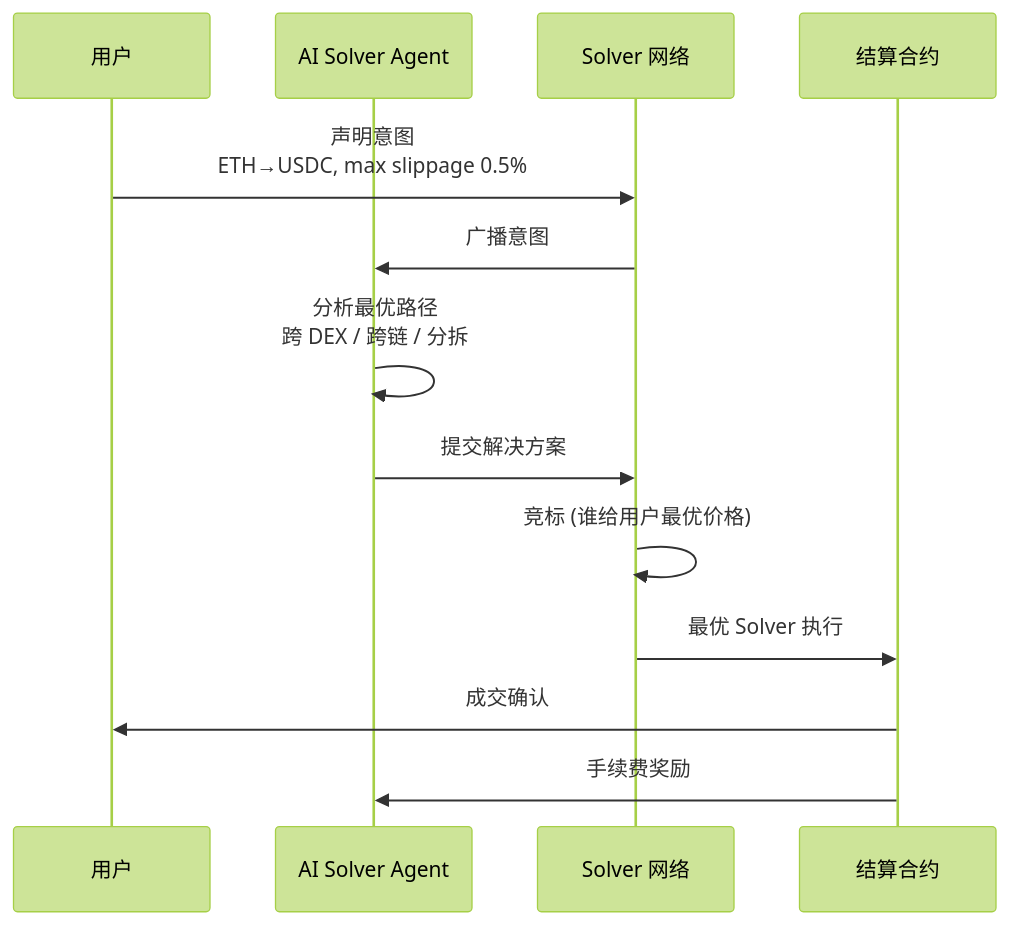
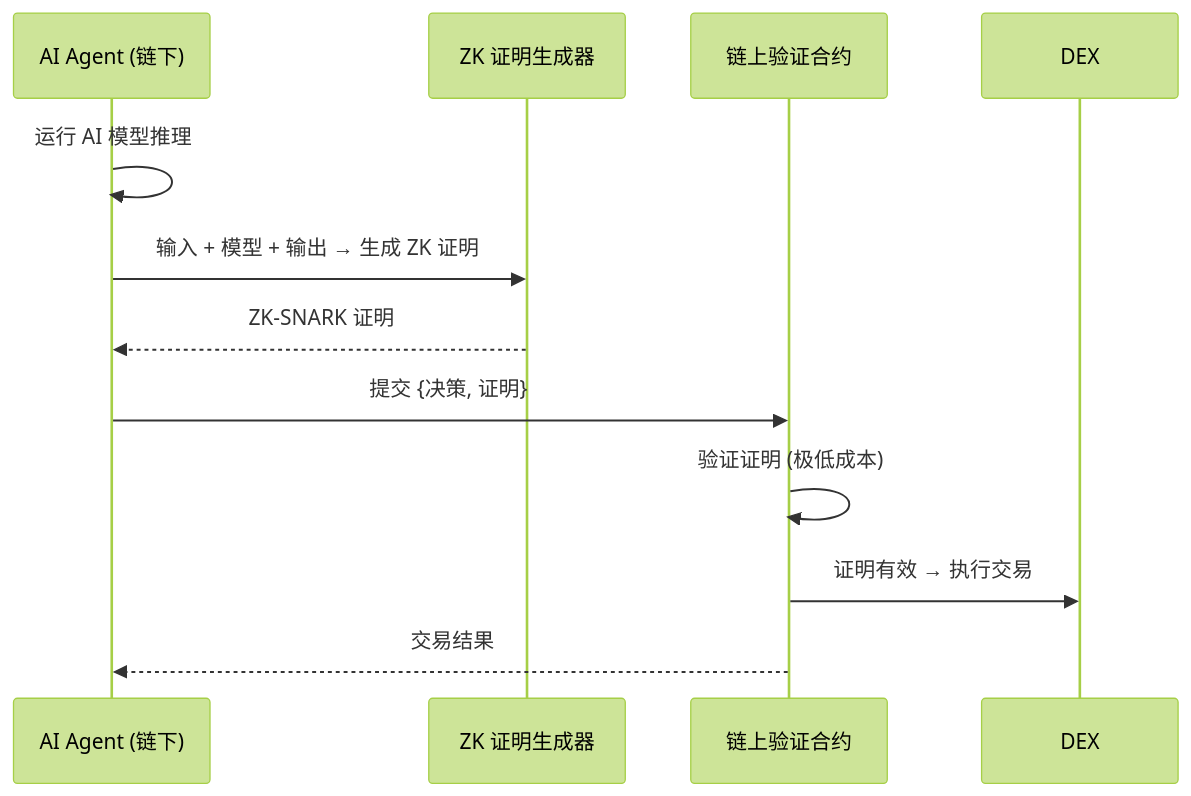
One commit to Silence-dream/ai-web3-school-cohort-0 changed the fifth of 12 diagrams in daily/2025-06-02.md. Above: the diagram before and after it, drawn with Mermaid (forest theme). The commit also changed other lines of this file, not shown here.

Commit message:
feat: 链上 AI Agent 自动交易策略 — 深度学习笔记 (完整版)

````diff
--- a/daily/2025-06-02.md
+++ b/daily/2025-06-02.md
@@ -192,16 +485,15 @@
 ```mermaid
 sequenceDiagram
-    participant U as 用户
-    participant AI as AI Solver Agent
-    participant SN as Solver 网络
-    participant SC as 结算合约
+    participant Agent as AI Agent (链下)
+    participant ZKP as ZK 证明生成器
+    participant Chain as 链上验证合约
+    participant DEX as DEX
 
-    U->>SN: 声明意图<br/>ETH→USDC, max slippage 0.5%
-    SN->>AI: 广播意图
-    AI->>AI: 分析最优路径<br/>跨 DEX / 跨链 / 分拆
-    AI->>SN: 提交解决方案
-    SN->>SN: 竞标 (谁给用户最优价格)
-    SN->>SC: 最优 Solver 执行
-    SC->>U: 成交确认
-    SC->>AI: 手续费奖励
+    Agent->>Agent: 运行 AI 模型推理
+    Agent->>ZKP: 输入 + 模型 + 输出 → 生成 ZK 证明
+    ZKP-->>Agent: ZK-SNARK 证明
+    Agent->>Chain: 提交 {决策, 证明}
+    Chain->>Chain: 验证证明 (极低成本)
+    Chain->>DEX: 证明有效 → 执行交易
+    Chain-->>Agent: 交易结果
 ```
````
